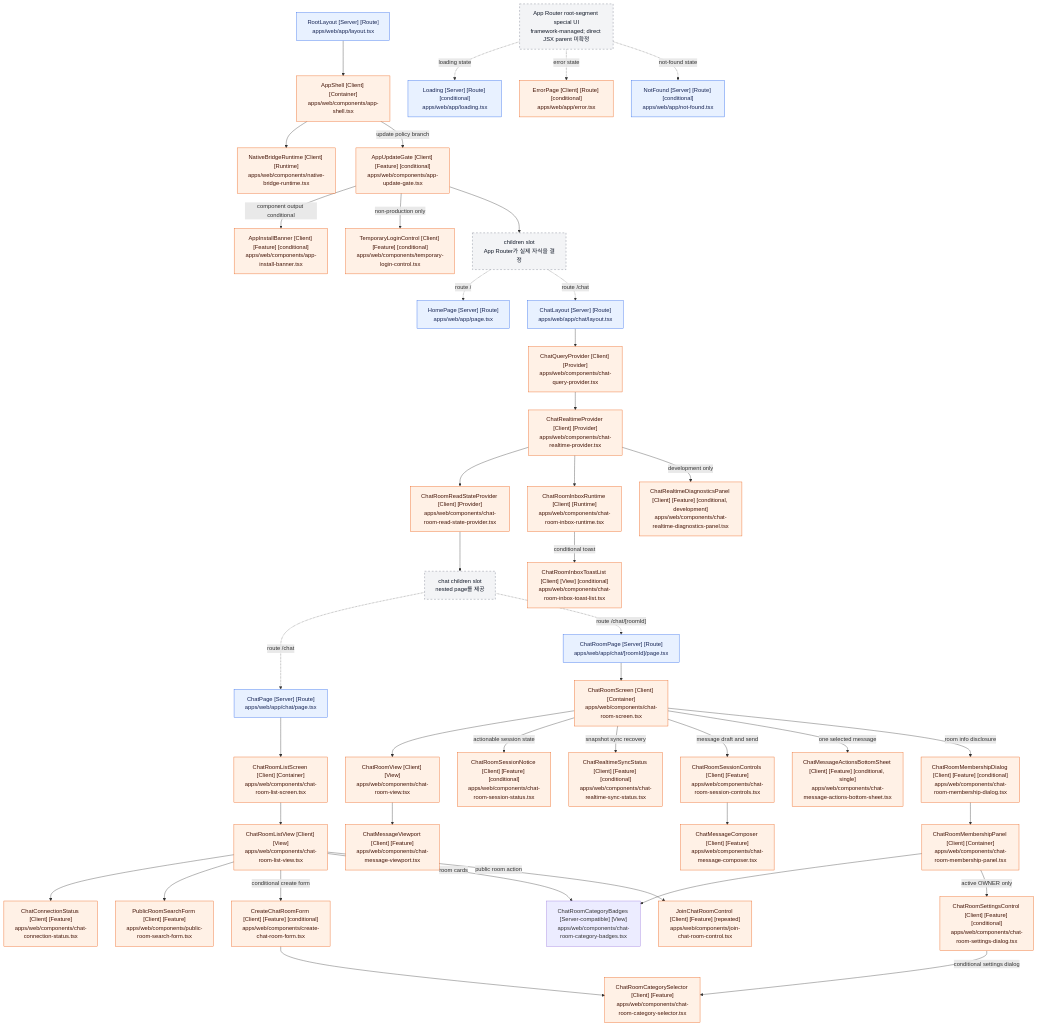
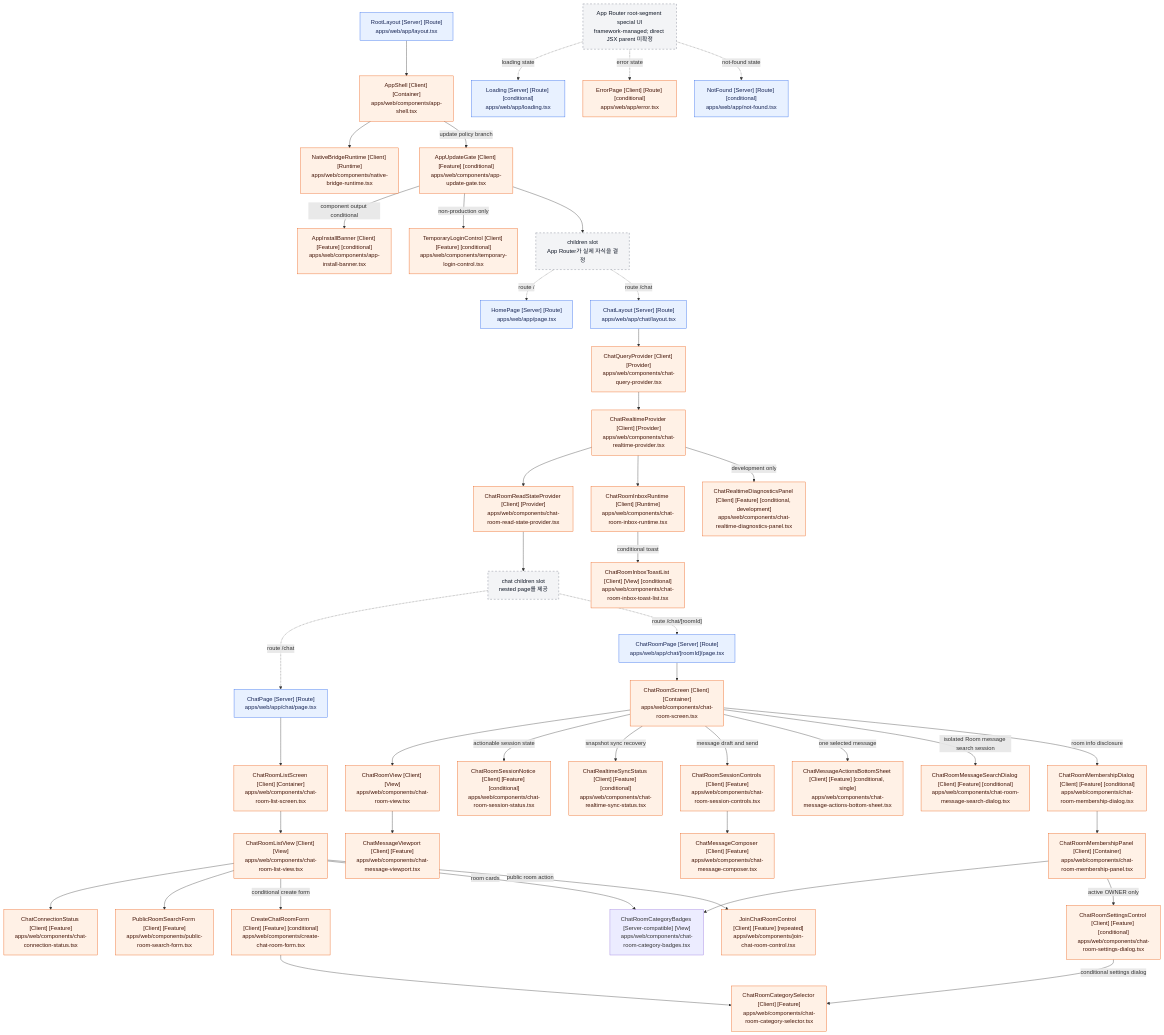
Before and after one commit to mokpombc17-coder/CIVIC-AI: the diagram in docs/architecture/react-component-tree.md, drawn with Mermaid. The commit also changed 7 other files, not shown here.

Commit message:
feat(web): add Room message search dialog

````diff
--- a/docs/architecture/react-component-tree.md
+++ b/docs/architecture/react-component-tree.md
@@ -227,6 +227,7 @@
     ChatRoomView["ChatRoomView [Client] [View]<br/>apps/web/components/chat-room-view.tsx"]
     ChatMessageViewport["ChatMessageViewport [Client] [Feature]<br/>apps/web/components/chat-message-viewport.tsx"]
     ChatMessageActionsBottomSheet["ChatMessageActionsBottomSheet [Client] [Feature] [conditional, single]<br/>apps/web/components/chat-message-actions-bottom-sheet.tsx"]
+    ChatRoomMessageSearchDialog["ChatRoomMessageSearchDialog [Client] [Feature] [conditional]<br/>apps/web/components/chat-room-message-search-dialog.tsx"]
     ChatRoomMembershipDialog["ChatRoomMembershipDialog [Client] [Feature] [conditional]<br/>apps/web/components/chat-room-membership-dialog.tsx"]
     ChatRoomMembershipPanel["ChatRoomMembershipPanel [Client] [Container]<br/>apps/web/components/chat-room-membership-panel.tsx"]
     ChatRoomSettingsControl["ChatRoomSettingsControl [Client] [Feature] [conditional]<br/>apps/web/components/chat-room-settings-dialog.tsx"]
@@ -275,6 +276,7 @@
     ChatRoomScreen -->|"message draft and send"| ChatRoomSessionControls
     ChatRoomSessionControls --> ChatMessageComposer
     ChatRoomScreen -->|"one selected message"| ChatMessageActionsBottomSheet
+    ChatRoomScreen -->|"isolated Room message search session"| ChatRoomMessageSearchDialog
     ChatRoomScreen -->|"room info disclosure"| ChatRoomMembershipDialog
     ChatRoomMembershipDialog --> ChatRoomMembershipPanel
     ChatRoomMembershipPanel --> ChatRoomCategoryBadges
@@ -290,6 +292,6 @@
     classDef framework fill:#f3f4f6,stroke:#6b7280,color:#111827,stroke-dasharray:5 5;
 
     class RootLayout,HomePage,ChatLayout,ChatPage,ChatRoomPage,Loading,NotFound server;
-    class AppShell,NativeBridgeRuntime,AppUpdateGate,AppInstallBanner,TemporaryLoginControl,ChatQueryProvider,ChatRealtimeProvider,ChatRoomReadStateProvider,ChatRealtimeDiagnosticsPanel,ChatRoomInboxRuntime,ChatRoomInboxToastList,ChatRoomListScreen,ChatRoomListView,PublicRoomSearchForm,CreateChatRoomForm,ChatRoomCategorySelector,JoinChatRoomControl,ChatConnectionStatus,ChatRoomScreen,ChatRoomView,ChatMessageViewport,ChatMessageActionsBottomSheet,ChatRoomMembershipDialog,ChatRoomMembershipPanel,ChatRoomSettingsControl,ChatRealtimeSyncStatus,ChatRoomSessionControls,ChatRoomSessionNotice,ChatMessageComposer,ErrorPage client;
+    class AppShell,NativeBridgeRuntime,AppUpdateGate,AppInstallBanner,TemporaryLoginControl,ChatQueryProvider,ChatRealtimeProvider,ChatRoomReadStateProvider,ChatRealtimeDiagnosticsPanel,ChatRoomInboxRuntime,ChatRoomInboxToastList,ChatRoomListScreen,ChatRoomListView,PublicRoomSearchForm,CreateChatRoomForm,ChatRoomCategorySelector,JoinChatRoomControl,ChatConnectionStatus,ChatRoomScreen,ChatRoomView,ChatMessageViewport,ChatMessageActionsBottomSheet,ChatRoomMessageSearchDialog,ChatRoomMembershipDialog,ChatRoomMembershipPanel,ChatRoomSettingsControl,ChatRealtimeSyncStatus,ChatRoomSessionControls,ChatRoomSessionNotice,ChatMessageComposer,ErrorPage client;
     class ChildrenSlot,ChatChildrenSlot,SpecialBoundary framework;
 ```
````
